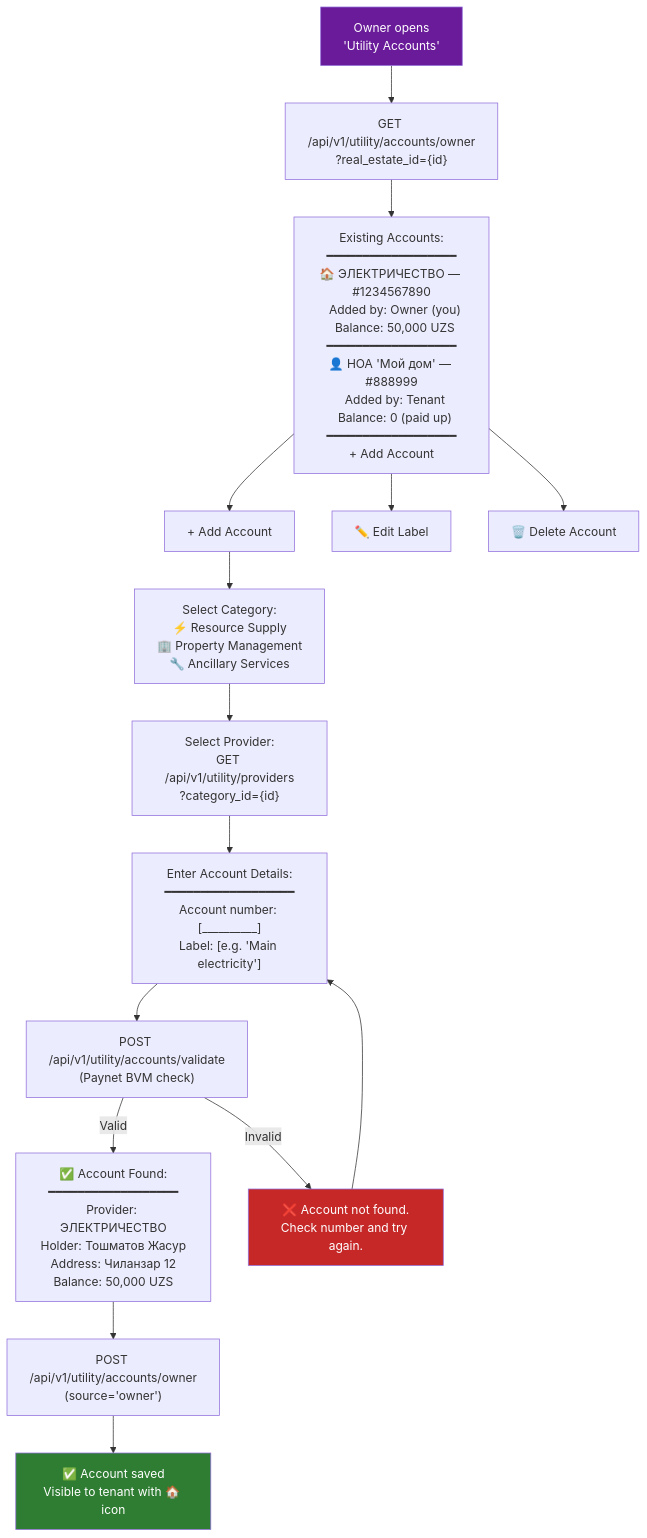
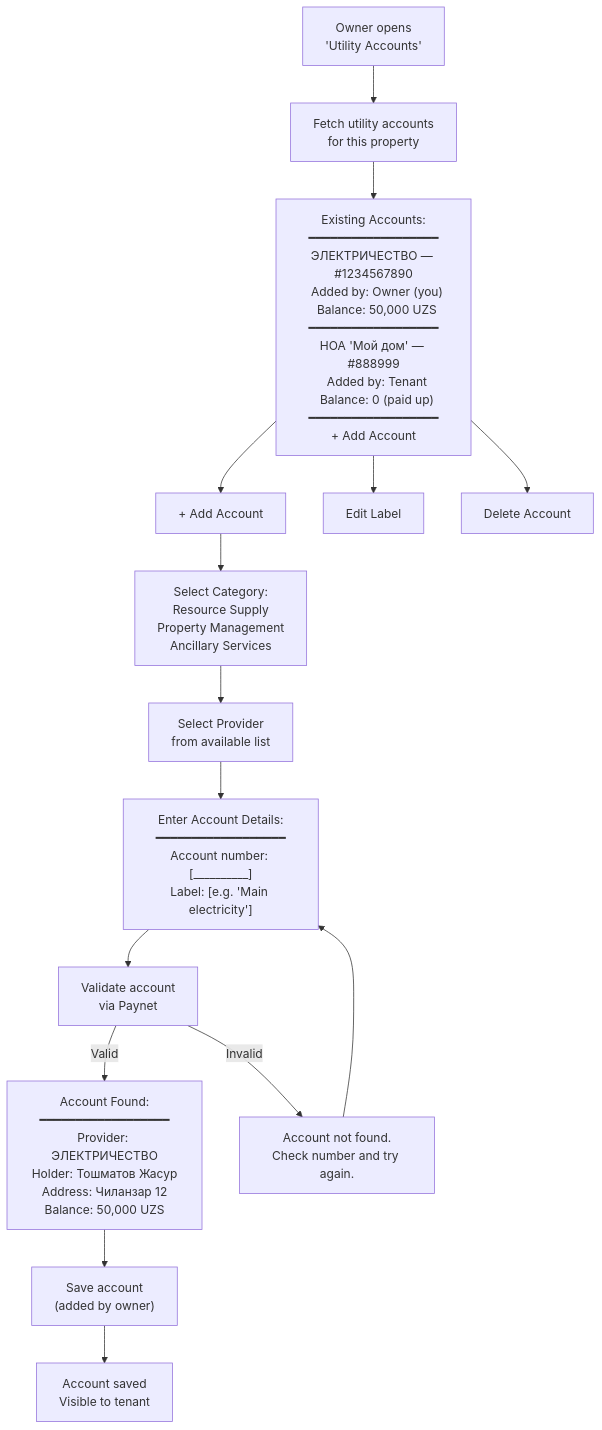
The sixth of 11 diagrams in Utilities - Business Owner.md (saodatm-dev/Utilities---Informational-Architecture), drawn with Mermaid before and after one commit. The commit also changed other lines of this file, not shown here.

Commit message:
refactor: Streamline Mermaid diagrams by removing icons, styling, and the 'Billing Management' flow, while expanding utility account details and removing backend notes.

````diff
--- a/Utilities - Business Owner.md
+++ b/Utilities - Business Owner.md
@@ -209,30 +181,26 @@
 ```mermaid
 flowchart TD
-    ACCOUNTS["Owner opens<br/>'Utility Accounts'"] --> LOAD["GET /api/v1/utility/accounts/owner<br/>?real_estate_id={id}"]
+    ACCOUNTS["Owner opens<br/>'Utility Accounts'"] --> LOAD["Fetch utility accounts<br/>for this property"]
 
-    LOAD --> LIST["Existing Accounts:<br/>━━━━━━━━━━━━━━━━━━<br/>🏠 ЭЛЕКТРИЧЕСТВО — #1234567890<br/>  Added by: Owner (you)<br/>  Balance: 50,000 UZS<br/>━━━━━━━━━━━━━━━━━━<br/>👤 HOA 'Мой дом' — #888999<br/>  Added by: Tenant<br/>  Balance: 0 (paid up)<br/>━━━━━━━━━━━━━━━━━━<br/>+ Add Account"]
+    LOAD --> LIST["Existing Accounts:<br/>━━━━━━━━━━━━━━━━━━<br/>ЭЛЕКТРИЧЕСТВО — #1234567890<br/>  Added by: Owner (you)<br/>  Balance: 50,000 UZS<br/>━━━━━━━━━━━━━━━━━━<br/>HOA 'Мой дом' — #888999<br/>  Added by: Tenant<br/>  Balance: 0 (paid up)<br/>━━━━━━━━━━━━━━━━━━<br/>+ Add Account"]
 
     LIST --> ADD["+ Add Account"]
-    LIST --> EDIT_LABEL["✏️ Edit Label"]
-    LIST --> DELETE_ACC["🗑️ Delete Account"]
+    LIST --> EDIT_LABEL["Edit Label"]
+    LIST --> DELETE_ACC["Delete Account"]
 
-    ADD --> CATEGORY["Select Category:<br/>⚡ Resource Supply<br/>🏢 Property Management<br/>🔧 Ancillary Services"]
+    ADD --> CATEGORY["Select Category:<br/>Resource Supply<br/>Property Management<br/>Ancillary Services"]
 
-    CATEGORY --> PROVIDER["Select Provider:<br/>GET /api/v1/utility/providers<br/>?category_id={id}"]
+    CATEGORY --> PROVIDER["Select Provider<br/>from available list"]
 
     PROVIDER --> INPUT_ACC["Enter Account Details:<br/>━━━━━━━━━━━━━━━━━━<br/>Account number: [__________]<br/>Label: [e.g. 'Main electricity']"]
 
-    INPUT_ACC --> VALIDATE_BVM["POST /api/v1/utility/accounts/validate<br/>(Paynet BVM check)"]
+    INPUT_ACC --> VALIDATE_BVM["Validate account<br/>via Paynet"]
 
-    VALIDATE_BVM -->|"Valid"| FOUND["✅ Account Found:<br/>━━━━━━━━━━━━━━━━━━<br/>Provider: ЭЛЕКТРИЧЕСТВО<br/>Holder: Тошматов Жасур<br/>Address: Чиланзар 12<br/>Balance: 50,000 UZS"]
-    VALIDATE_BVM -->|"Invalid"| NOT_FOUND["❌ Account not found.<br/>Check number and try again."]
+    VALIDATE_BVM -->|"Valid"| FOUND["Account Found:<br/>━━━━━━━━━━━━━━━━━━<br/>Provider: ЭЛЕКТРИЧЕСТВО<br/>Holder: Тошматов Жасур<br/>Address: Чиланзар 12<br/>Balance: 50,000 UZS"]
+    VALIDATE_BVM -->|"Invalid"| NOT_FOUND["Account not found.<br/>Check number and try again."]
     NOT_FOUND --> INPUT_ACC
 
-    FOUND --> SAVE["POST /api/v1/utility/accounts/owner<br/>(source='owner')"]
+    FOUND --> SAVE["Save account<br/>(added by owner)"]
 
-    SAVE --> SAVED["✅ Account saved<br/>Visible to tenant with 🏠 icon"]
-
-    style ACCOUNTS fill:#6A1B9A,color:#fff
-    style SAVED fill:#2E7D32,color:#fff
-    style NOT_FOUND fill:#C62828,color:#fff
+    SAVE --> SAVED["Account saved<br/>Visible to tenant"]
 ```
````
